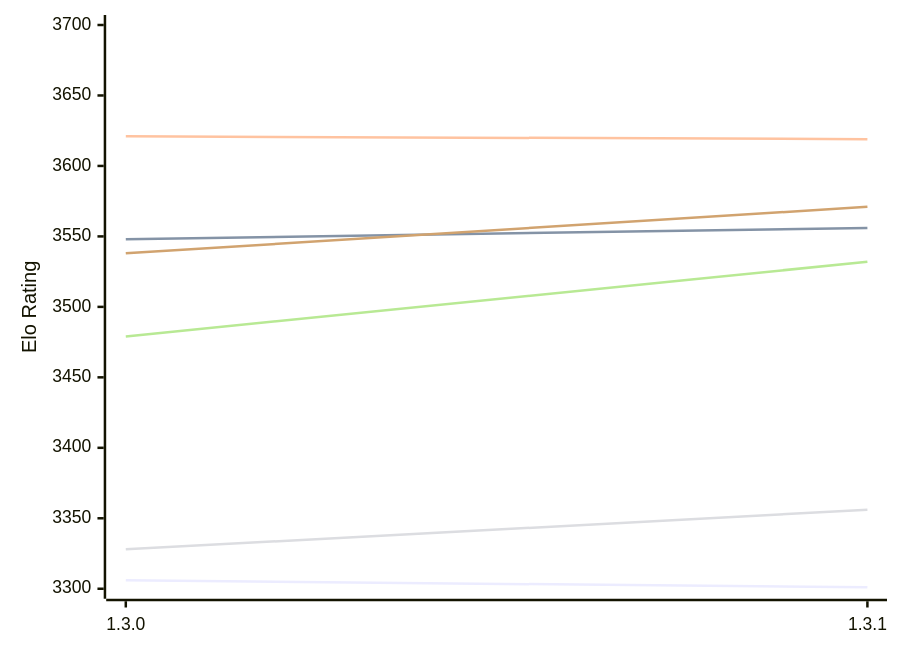
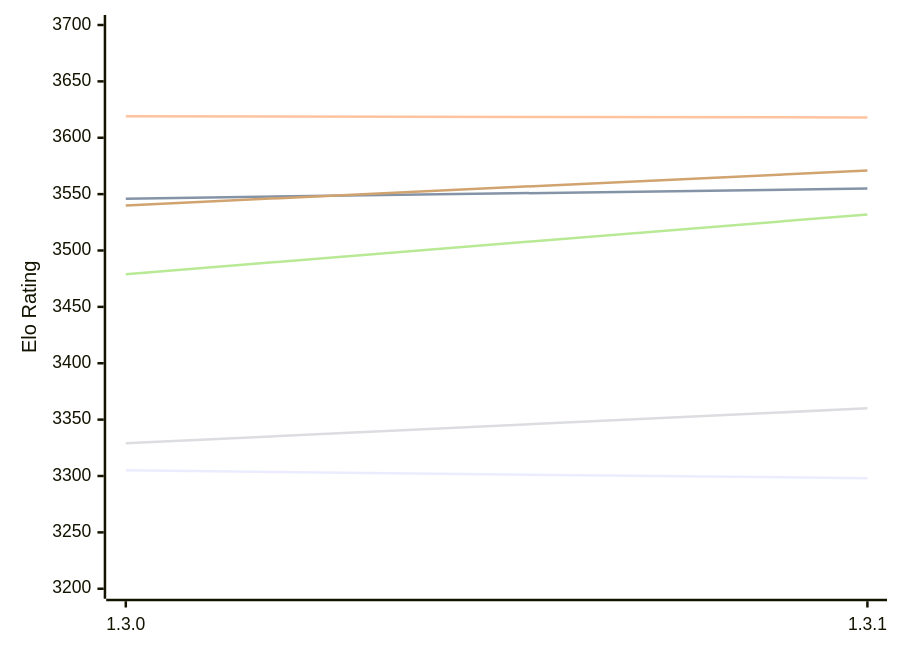
Before and after one commit to computer-chess-index/cci: the first of 2 diagrams in engines/Renegade.md, drawn with Mermaid. The commit also changed other lines of this file, not shown here.

Commit message:
Update CCI Ratings (ELO VLTC) - 2026-11-27

````diff
--- a/engines/Renegade.md
+++ b/engines/Renegade.md
@@ -50,12 +50,12 @@
 ```mermaid
 %%{init: {"theme":"base","themeVariables":{"seriesColors:['#a3a3a3','#222221','#faa371']}}}%%
 xychart-beta
   x-axis ["1.3.0", "1.3.1"]
-  y-axis "Elo Rating" 3300 --> 3700
-  line "E1: STC (8.0+0.08s)" [3306, 3301]
-  line "E1: LTC (60.0+0.60s)" [3548, 3556]
-  line "E1: VLTC (2m24s+1.12s)" [3621, 3619]
-  line "P1: STC (8.0+0.08s)" [3328, 3356]
+  y-axis "Elo Rating" 3200 --> 3700
+  line "E1: STC (8.0+0.08s)" [3305, 3298]
+  line "E1: LTC (60.0+0.60s)" [3546, 3555]
+  line "E1: VLTC (2m24s+1.12s)" [3619, 3618]
+  line "P1: STC (8.0+0.08s)" [3329, 3360]
   line "P1: LTC (60.0+0.60s)" [3479, 3532]
-  line "P1: VLTC (2m24s+1.12s)" [3538, 3571]
+  line "P1: VLTC (2m24s+1.12s)" [3540, 3571]
 ```
````
